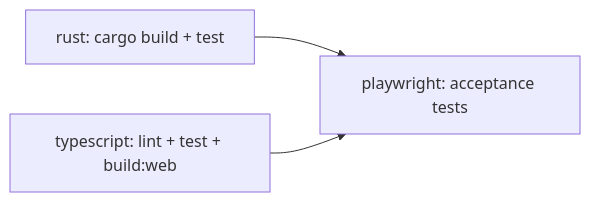
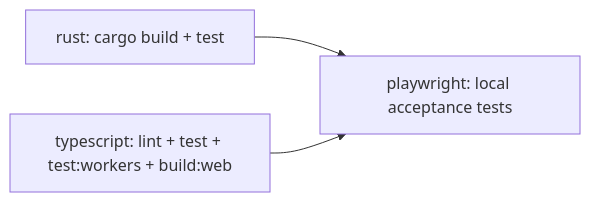
One commit to OpenHackersClub/gctrl changed the second of 2 diagrams in specs/implementation/apps/deployment.md. Above: the diagram before and after it, drawn with Mermaid. The commit also changed other lines of this file and 21 other files, not shown here.

Commit message:
chore(ci): Depot runners + CF Browser Rendering acceptance tests (#16)

````diff
--- a/specs/implementation/apps/deployment.md
+++ b/specs/implementation/apps/deployment.md
@@ -117,6 +143,6 @@
 ```mermaid
 graph LR
     Rust["rust: cargo build + test"] --> Playwright
-    TS["typescript: lint + test + build:web"] --> Playwright
-    Playwright["playwright: acceptance tests"]
+    TS["typescript: lint + test + test:workers + build:web"] --> Playwright
+    Playwright["playwright: local acceptance tests"]
 ```
````
